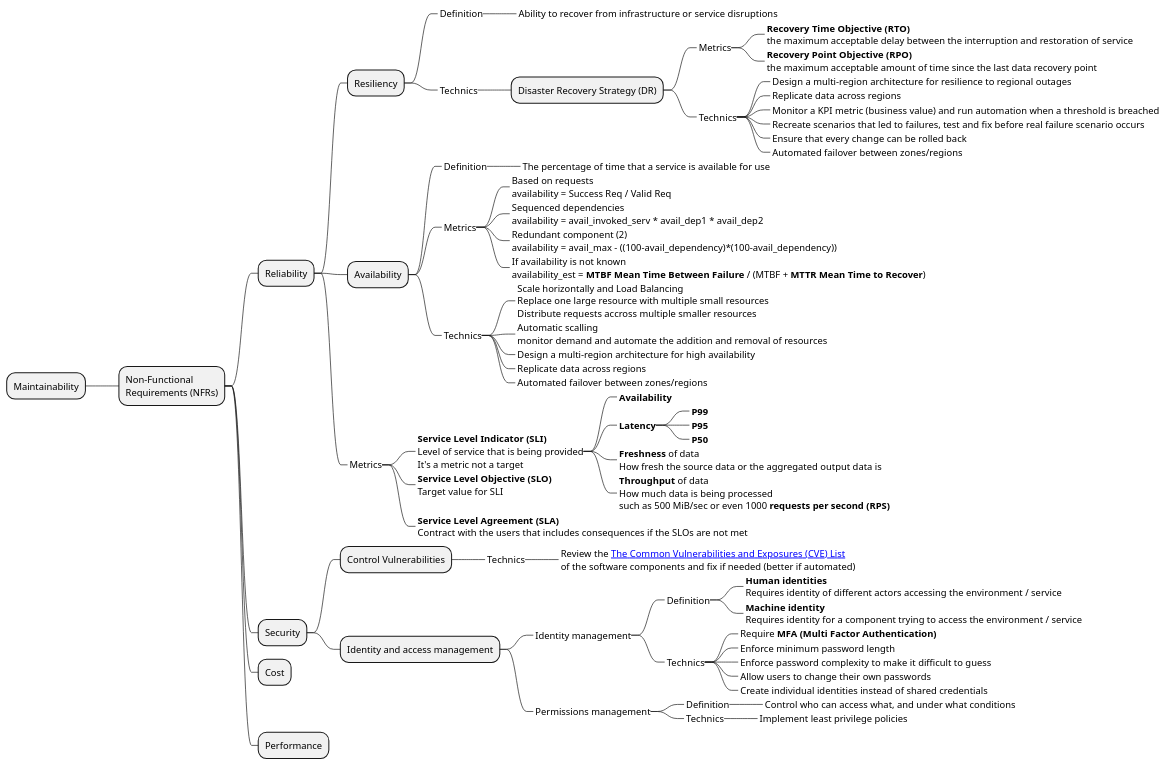
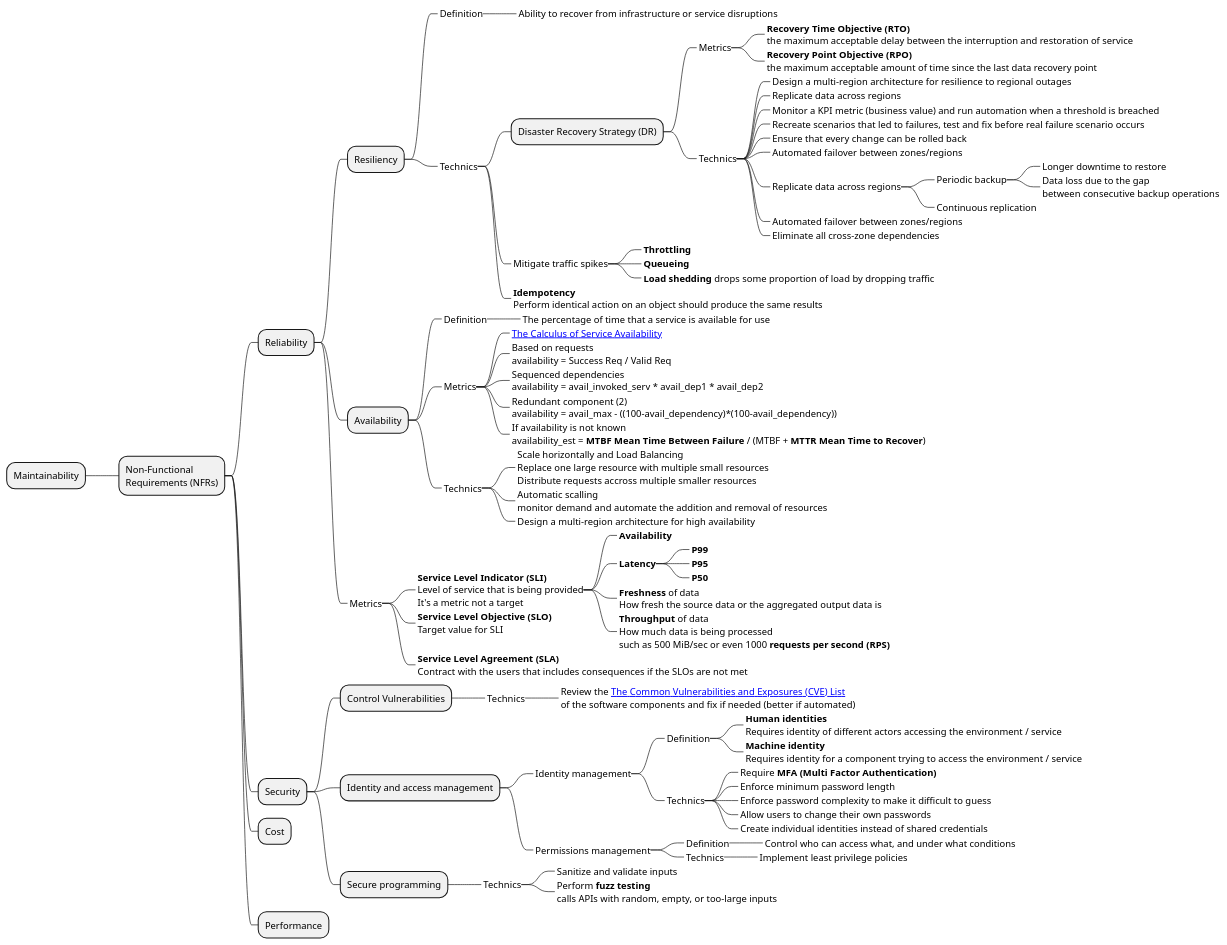
Before and after one commit to anaselhajjaji/non-functional-requirements-map: the diagram in non-functional-requirements-map.pu, drawn with PlantUML.

```diff
--- a/non-functional-requirements-map.pu
+++ b/non-functional-requirements-map.pu
@@ -1,74 +1,90 @@
 @startmindmap "Non-Functional Requirements Map"
 
 + Non-Functional\nRequirements (NFRs)
 
 ++ Reliability
 +++ Resiliency
 ++++_ Definition
 +++++_ Ability to recover from infrastructure or service disruptions
 ++++_ Technics
 +++++ Disaster Recovery Strategy (DR)
 ++++++_ Metrics
 +++++++_ **Recovery Time Objective (RTO)**\nthe maximum acceptable delay between the interruption and restoration of service
 +++++++_ **Recovery Point Objective (RPO)**\nthe maximum acceptable amount of time since the last data recovery point
 ++++++_ Technics
 +++++++_ Design a multi-region architecture for resilience to regional outages
 +++++++_ Replicate data across regions
 +++++++_ Monitor a KPI metric (business value) and run automation when a threshold is breached
 +++++++_ Recreate scenarios that led to failures, test and fix before real failure scenario occurs
 +++++++_ Ensure that every change can be rolled back
 +++++++_ Automated failover between zones/regions
++++++++_ Replicate data across regions
+++++++++_ Periodic backup
++++++++++_ Longer downtime to restore
++++++++++_ Data loss due to the gap\nbetween consecutive backup operations
+++++++++_ Continuous replication
++++++++_ Automated failover between zones/regions
++++++++_ Eliminate all cross-zone dependencies
++++++_ Mitigate traffic spikes
+++++++_ **Throttling**
+++++++_ **Queueing**
+++++++_ **Load shedding** drops some proportion of load by dropping traffic
++++++_ **Idempotency**\nPerform identical action on an object should produce the same results
 +++ Availability
 ++++_ Definition
 +++++_ The percentage of time that a service is available for use
 ++++_ Metrics
++++++_ [[https://research.google/pubs/pub46285/ The Calculus of Service Availability]]
 +++++_ Based on requests\navailability = Success Req / Valid Req
 +++++_ Sequenced dependencies\navailability = avail_invoked_serv * avail_dep1 * avail_dep2
 +++++_ Redundant component (2)\navailability = avail_max - ((100-avail_dependency)*(100-avail_dependency))
 +++++_ If availability is not known\navailability_est = **MTBF Mean Time Between Failure** / (MTBF + **MTTR Mean Time to Recover**)
 ++++_ Technics
 +++++_ Scale horizontally and Load Balancing\nReplace one large resource with multiple small resources\nDistribute requests accross multiple smaller resources
 +++++_ Automatic scalling\nmonitor demand and automate the addition and removal of resources
 +++++_ Design a multi-region architecture for high availability
-+++++_ Replicate data across regions
-+++++_ Automated failover between zones/regions
 
 +++_ Metrics
 ++++_ **Service Level Indicator (SLI)**\nLevel of service that is being provided\nIt's a metric not a target
 +++++_ **Availability**
 +++++_ **Latency**
 ++++++_ **P99**
 ++++++_ **P95**
 ++++++_ **P50**
 +++++_ **Freshness** of data\nHow fresh the source data or the aggregated output data is
 +++++_ **Throughput** of data\nHow much data is being processed\nsuch as 500 MiB/sec or even 1000 **requests per second (RPS)**
 ++++_ **Service Level Objective (SLO)**\nTarget value for SLI
 ++++_ **Service Level Agreement (SLA)**\nContract with the users that includes consequences if the SLOs are not met
 
 ++ Security
 +++ Control Vulnerabilities
 ++++_ Technics
 +++++_ Review the [[https://cve.mitre.org/ The Common Vulnerabilities and Exposures (CVE) List]]\nof the software components and fix if needed (better if automated)
 +++ Identity and access management
 ++++_ Identity management
 +++++_ Definition
 ++++++_ **Human identities**\nRequires identity of different actors accessing the environment / service
 ++++++_ **Machine identity**\nRequires identity for a component trying to access the environment / service
 +++++_ Technics
 ++++++_ Require **MFA (Multi Factor Authentication)**
 ++++++_ Enforce minimum password length
 ++++++_ Enforce password complexity to make it difficult to guess
 ++++++_ Allow users to change their own passwords
 ++++++_ Create individual identities instead of shared credentials
 ++++_ Permissions management
 +++++_ Definition
 ++++++_ Control who can access what, and under what conditions
 +++++_ Technics
 ++++++_ Implement least privilege policies
++++ Secure programming
+++++_ Technics
++++++_ Sanitize and validate inputs
++++++_ Perform **fuzz testing**\ncalls APIs with random, empty, or too-large inputs
+
 
 ++ Cost
 ++ Performance
 
 -- Maintainability
 
 @endmindmap
```
